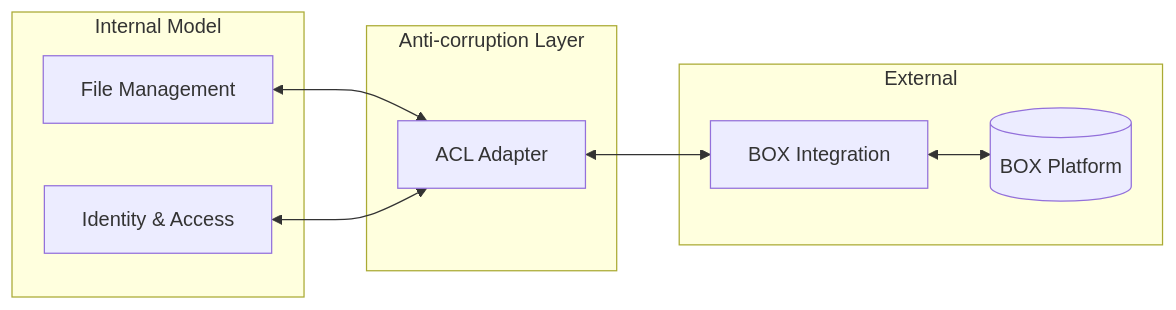
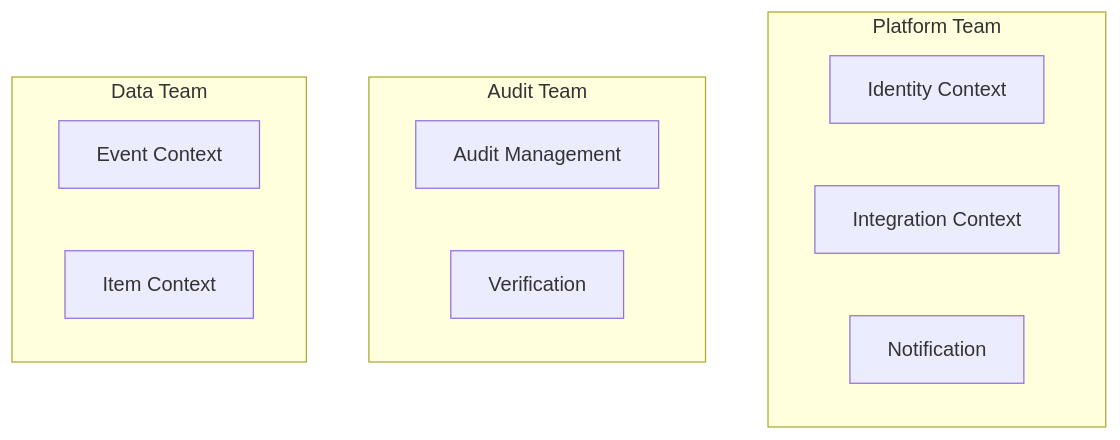
One commit to wfukatsu/refactoring-agent-for-claude-code changed the seventh of 8 diagrams in reports/03_design/context-map.md. Above: the diagram before and after it, drawn with Mermaid. The commit also changed other lines of this file and 26 other files, not shown here.

````diff
--- a/reports/03_design/context-map.md
+++ b/reports/03_design/context-map.md
@@ -211,21 +288,18 @@
 ```mermaid
-graph LR
-    subgraph "Internal Model"
-        FM[File Management]
-        IA[Identity & Access]
+graph TB
+    subgraph "Platform Team"
+        ID[Identity Context]
+        INT[Integration Context]
+        NOTIF[Notification]
     end
-
-    subgraph "Anti-corruption Layer"
-        ACL[ACL Adapter]
+    
+    subgraph "Audit Team"
+        AM[Audit Management]
+        VER[Verification]
     end
-
-    subgraph "External"
-        BI[BOX Integration]
-        BoxPlatform[(BOX Platform)]
+    
+    subgraph "Data Team"
+        EVT[Event Context]
+        ITEM[Item Context]
     end
-
-    FM <--> ACL
-    IA <--> ACL
-    ACL <--> BI
-    BI <--> BoxPlatform
 ```
````
